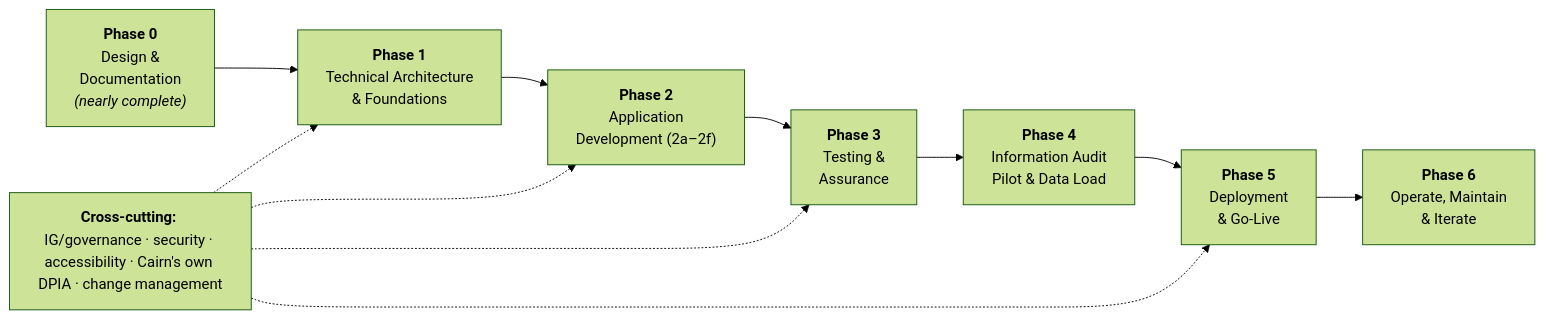
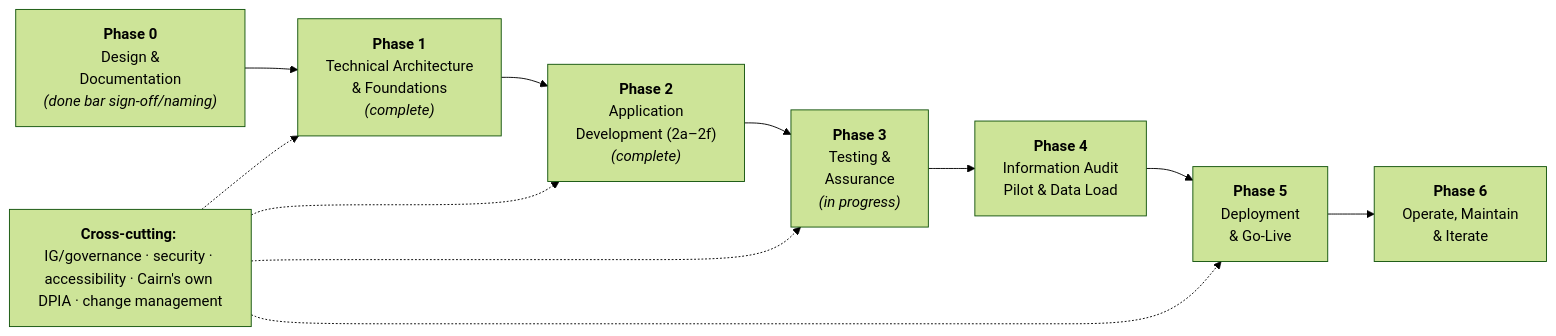
One commit to John-Howard/cairn changed the diagram in docs/Cairn-project-plan.md. Above: the diagram before and after it, drawn with Mermaid (forest theme). The commit also changed other lines of this file and 1 other file, not shown here.

````diff
--- a/docs/Cairn-project-plan.md
+++ b/docs/Cairn-project-plan.md
@@ -20,16 +20,16 @@
 ```mermaid
 flowchart LR
-    P0["<b>Phase 0</b><br/>Design &<br/>Documentation<br/><i>(nearly complete)</i>"]
-    P1["<b>Phase 1</b><br/>Technical Architecture<br/>& Foundations"]
-    P2["<b>Phase 2</b><br/>Application<br/>Development (2a–2f)"]
-    P3["<b>Phase 3</b><br/>Testing &<br/>Assurance"]
+    P0["<b>Phase 0</b><br/>Design &<br/>Documentation<br/><i>(done bar sign-off/naming)</i>"]
+    P1["<b>Phase 1</b><br/>Technical Architecture<br/>& Foundations<br/><i>(complete)</i>"]
+    P2["<b>Phase 2</b><br/>Application<br/>Development (2a–2f)<br/><i>(complete)</i>"]
+    P3["<b>Phase 3</b><br/>Testing &<br/>Assurance<br/><i>(in progress)</i>"]
     P4["<b>Phase 4</b><br/>Information Audit<br/>Pilot & Data Load"]
     P5["<b>Phase 5</b><br/>Deployment<br/>& Go-Live"]
     P6["<b>Phase 6</b><br/>Operate, Maintain<br/>& Iterate"]
     P0 --> P1 --> P2 --> P3 --> P4 --> P5 --> P6
     CC["<b>Cross-cutting:</b> IG/governance · security · accessibility · Cairn's own DPIA · change management"]
     CC -.-> P1
     CC -.-> P2
     CC -.-> P3
     CC -.-> P5
 ```
````
